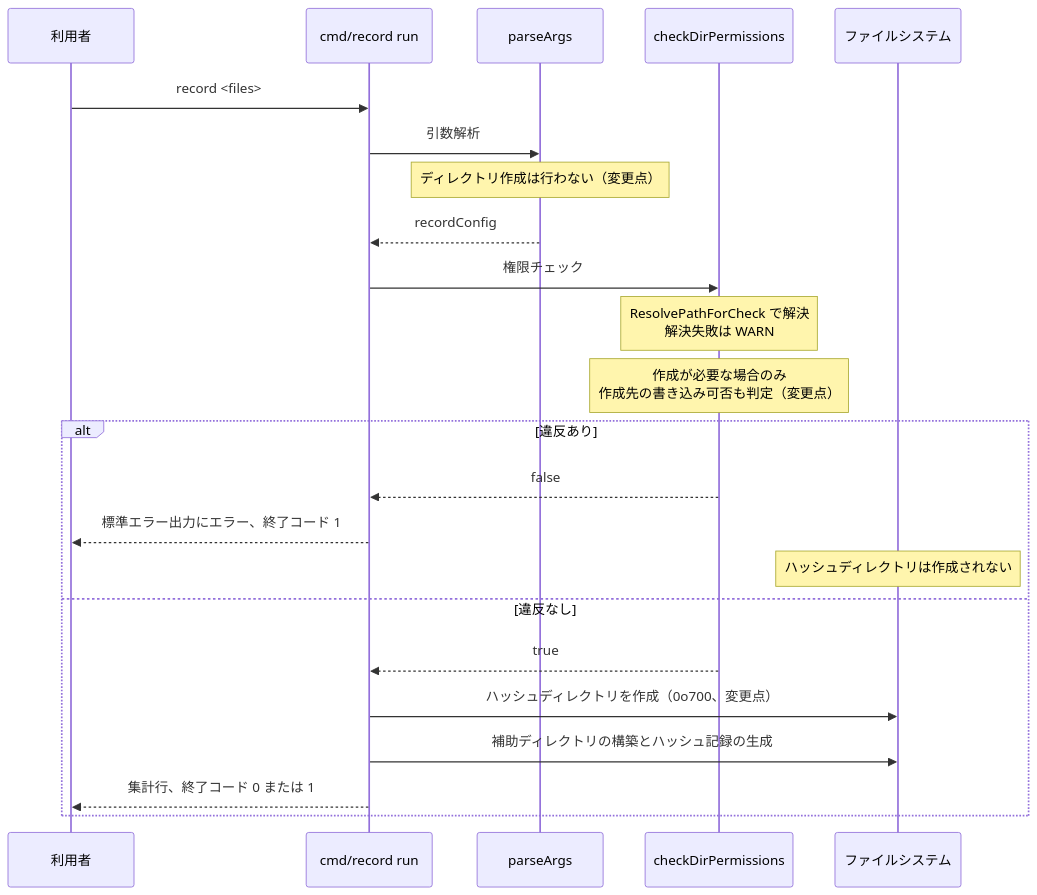
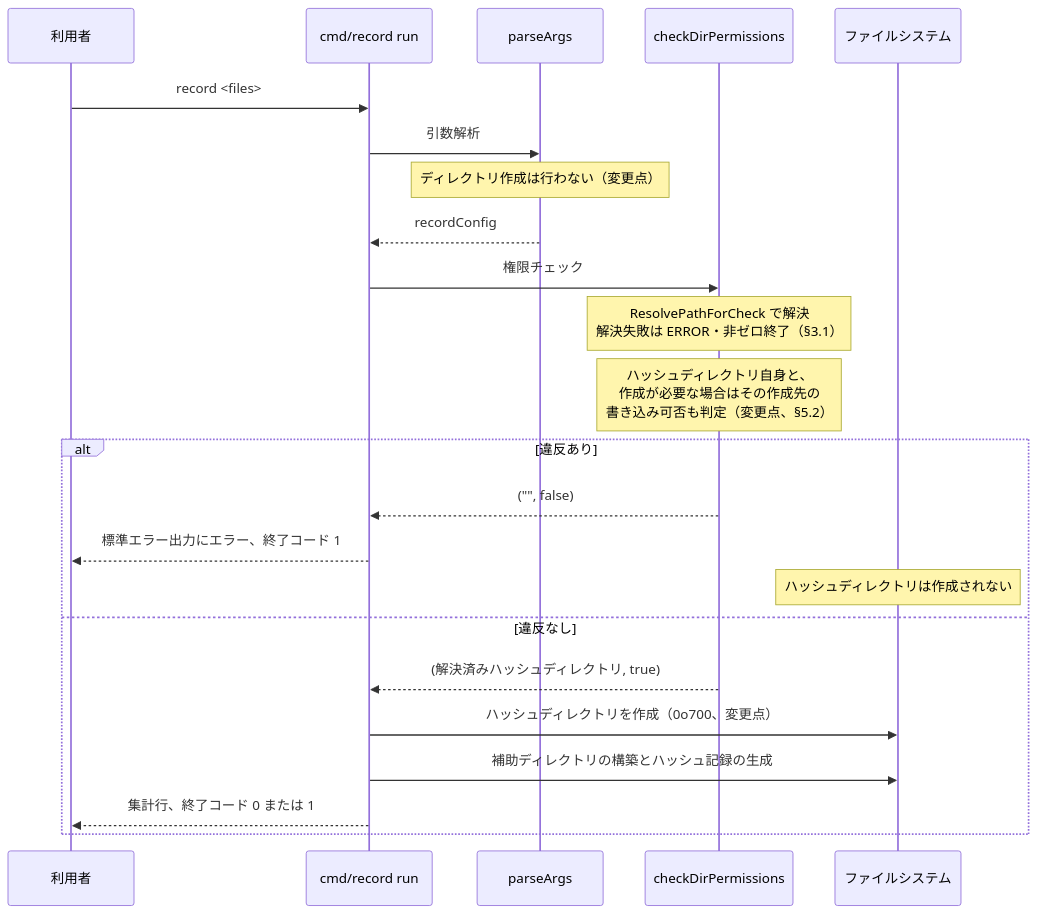
One commit to isseis/go-safe-cmd-runner changed the seventh of 11 diagrams in docs/tasks/0164_entrypoint_residual_low_info/02_architecture.md. Above: the diagram before and after it, drawn with Mermaid. The commit also changed other lines of this file and 3 other files, not shown here.

````diff
--- a/docs/tasks/0164_entrypoint_residual_low_info/02_architecture.md
+++ b/docs/tasks/0164_entrypoint_residual_low_info/02_architecture.md
@@ -224,26 +224,26 @@
 ```mermaid
 sequenceDiagram
     participant U as 利用者
     participant M as cmd/record run
     participant P as parseArgs
     participant C as checkDirPermissions
     participant FS as ファイルシステム
 
     U->>M: record <files>
     M->>P: 引数解析
     Note over P: ディレクトリ作成は行わない（変更点）
     P-->>M: recordConfig
     M->>C: 権限チェック
-    Note over C: ResolvePathForCheck で解決<br>解決失敗は WARN
-    Note over C: 作成が必要な場合のみ<br>作成先の書き込み可否も判定（変更点）
+    Note over C: ResolvePathForCheck で解決<br>解決失敗は ERROR・非ゼロ終了（§3.1）
+    Note over C: ハッシュディレクトリ自身と、<br>作成が必要な場合はその作成先の<br>書き込み可否も判定（変更点、§5.2）
     alt 違反あり
-        C-->>M: false
+        C-->>M: ("", false)
         M-->>U: 標準エラー出力にエラー、終了コード 1
         Note over FS: ハッシュディレクトリは作成されない
     else 違反なし
-        C-->>M: true
+        C-->>M: (解決済みハッシュディレクトリ, true)
         M->>FS: ハッシュディレクトリを作成（0o700、変更点）
         M->>FS: 補助ディレクトリの構築とハッシュ記録の生成
         M-->>U: 集計行、終了コード 0 または 1
     end
 ```
````
